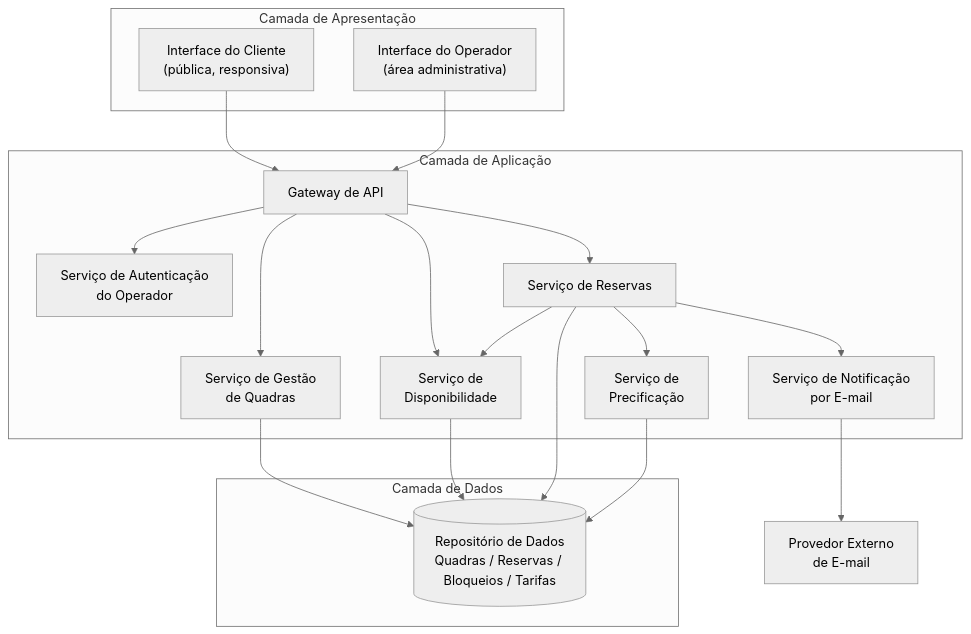
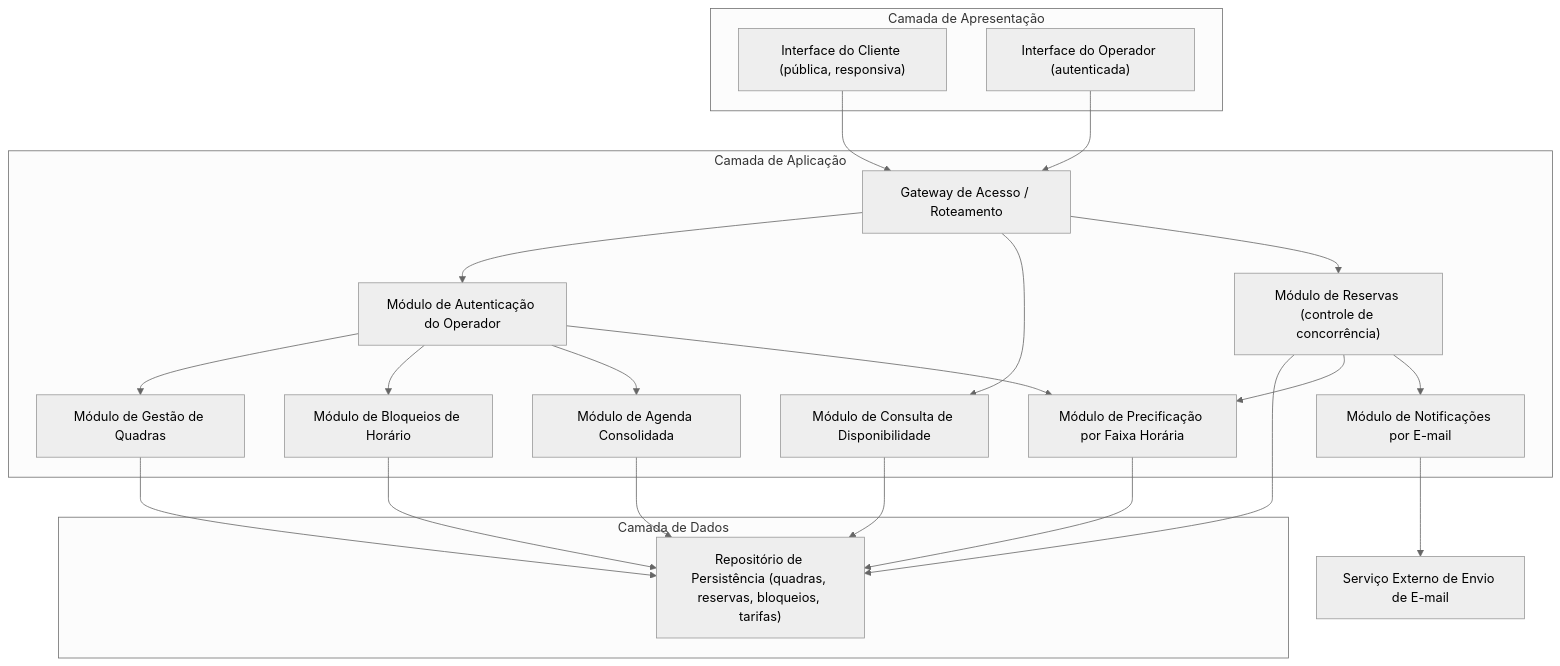
The first of 3 diagrams in docs/Time_2_Design/analise-qualitativa/outputs/relatorio_claude_fable_5_P05.md (PDC-ESIA/AI4ES), drawn with Mermaid (neutral theme) before and after one commit. The commit also changed other lines of this file and 107 other files, not shown here.

````diff
--- a/docs/Time_2_Design/analise-qualitativa/outputs/relatorio_claude_fable_5_P05.md
+++ b/docs/Time_2_Design/analise-qualitativa/outputs/relatorio_claude_fable_5_P05.md
@@ -28,38 +26,44 @@
 ```mermaid
 flowchart TB
     subgraph Apresentacao["Camada de Apresentação"]
-        UIC["Interface do Cliente<br/>(pública, responsiva)"]
-        UIO["Interface do Operador<br/>(área administrativa)"]
+        UIC["Interface do Cliente (pública, responsiva)"]
+        UIO["Interface do Operador (autenticada)"]
     end
 
     subgraph Aplicacao["Camada de Aplicação"]
-        GW["Gateway de API"]
-        AUTH["Serviço de Autenticação<br/>do Operador"]
-        QUAD["Serviço de Gestão<br/>de Quadras"]
-        DISP["Serviço de<br/>Disponibilidade"]
-        RES["Serviço de Reservas"]
-        PREC["Serviço de<br/>Precificação"]
-        NOTIF["Serviço de Notificação<br/>por E-mail"]
+        GW["Gateway de Acesso / Roteamento"]
+        AUTH["Módulo de Autenticação do Operador"]
+        QUAD["Módulo de Gestão de Quadras"]
+        BLOQ["Módulo de Bloqueios de Horário"]
+        DISP["Módulo de Consulta de Disponibilidade"]
+        RES["Módulo de Reservas (controle de concorrência)"]
+        PREC["Módulo de Precificação por Faixa Horária"]
+        AGEN["Módulo de Agenda Consolidada"]
+        NOTIF["Módulo de Notificações por E-mail"]
     end
 
     subgraph Dados["Camada de Dados"]
-        REPO[("Repositório de Dados<br/>Quadras / Reservas / Bloqueios / Tarifas")]
+        REPO["Repositório de Persistência (quadras, reservas, bloqueios, tarifas)"]
     end
 
-    EMAIL["Provedor Externo<br/>de E-mail"]
+    EXT["Serviço Externo de Envio de E-mail"]
 
     UIC --> GW
     UIO --> GW
     GW --> AUTH
-    GW --> QUAD
     GW --> DISP
     GW --> RES
+    AUTH --> QUAD
+    AUTH --> BLOQ
+    AUTH --> AGEN
+    AUTH --> PREC
     QUAD --> REPO
+    BLOQ --> REPO
     DISP --> REPO
     RES --> REPO
-    RES --> DISP
     RES --> PREC
+    RES --> NOTIF
+    AGEN --> REPO
     PREC --> REPO
-    RES --> NOTIF
-    NOTIF --> EMAIL
+    NOTIF --> EXT
 ```
````
